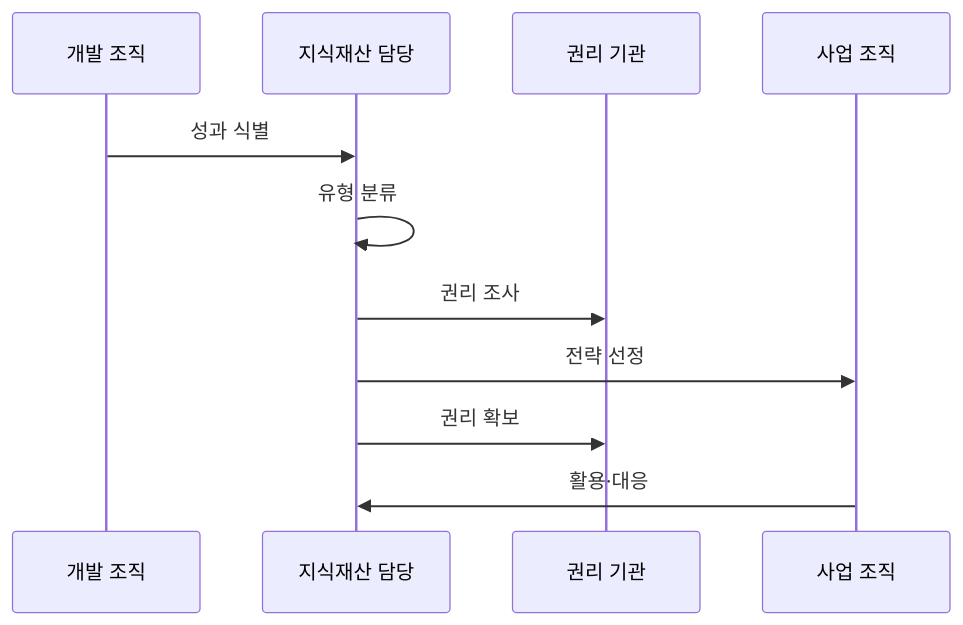
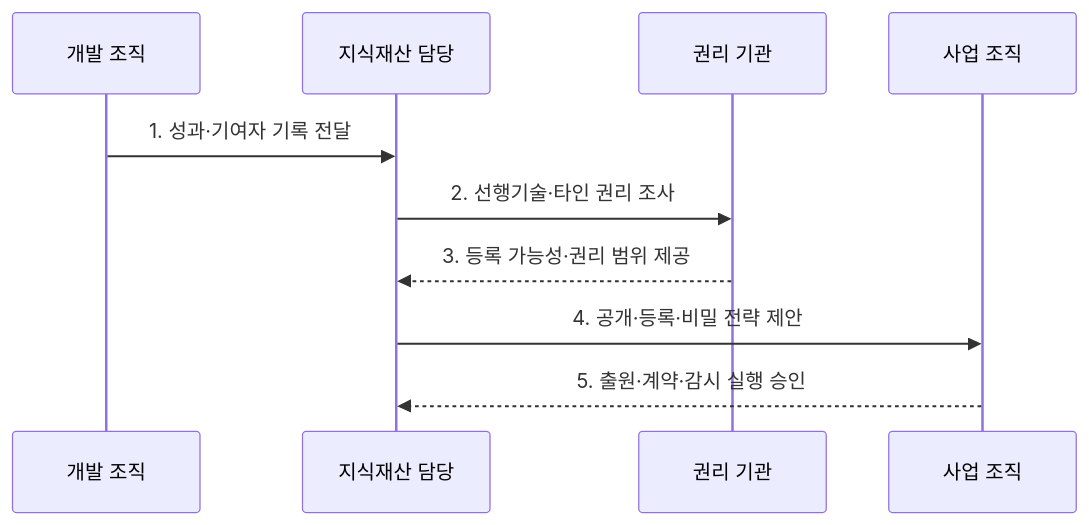
Before and after one commit to agnusdei1207/knowledge-base: the second of 2 diagrams in src/content/docs/notes/07-law-policy/040_intellectual_property_rights.md, drawn with Mermaid. The commit also changed other lines of this file and 9 other files, not shown here.

````diff
--- a/src/content/docs/notes/07-law-policy/040_intellectual_property_rights.md
+++ b/src/content/docs/notes/07-law-policy/040_intellectual_property_rights.md
@@ -65,13 +73,12 @@
 ```mermaid
 sequenceDiagram
     participant D as 개발 조직
     participant I as 지식재산 담당
     participant R as 권리 기관
     participant B as 사업 조직
-    D->>I: 성과 식별
-    I->>I: 유형 분류
-    I->>R: 권리 조사
-    I->>B: 전략 선정
-    I->>R: 권리 확보
-    B->>I: 활용·대응
+    D->>I: 1. 성과·기여자 기록 전달
+    I->>R: 2. 선행기술·타인 권리 조사
+    R-->>I: 3. 등록 가능성·권리 범위 제공
+    I->>B: 4. 공개·등록·비밀 전략 제안
+    B-->>I: 5. 출원·계약·감시 실행 승인
 ```
````
